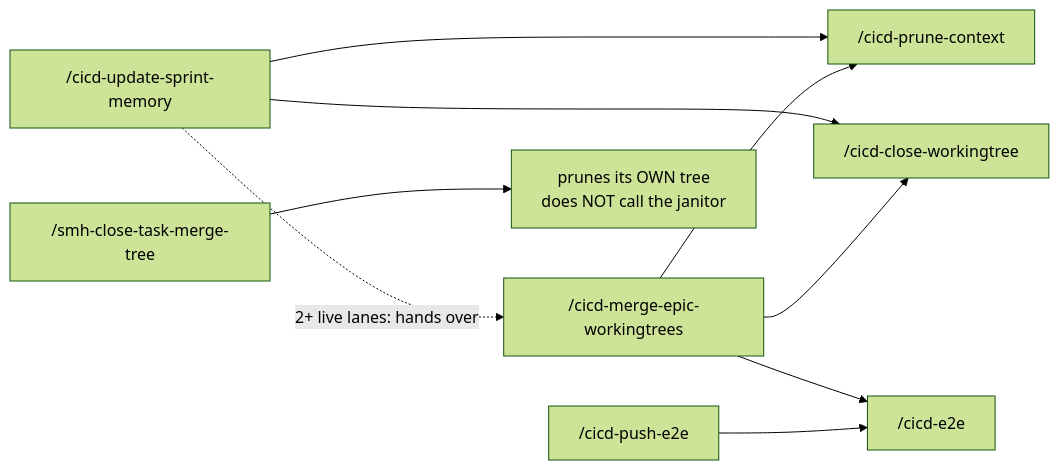
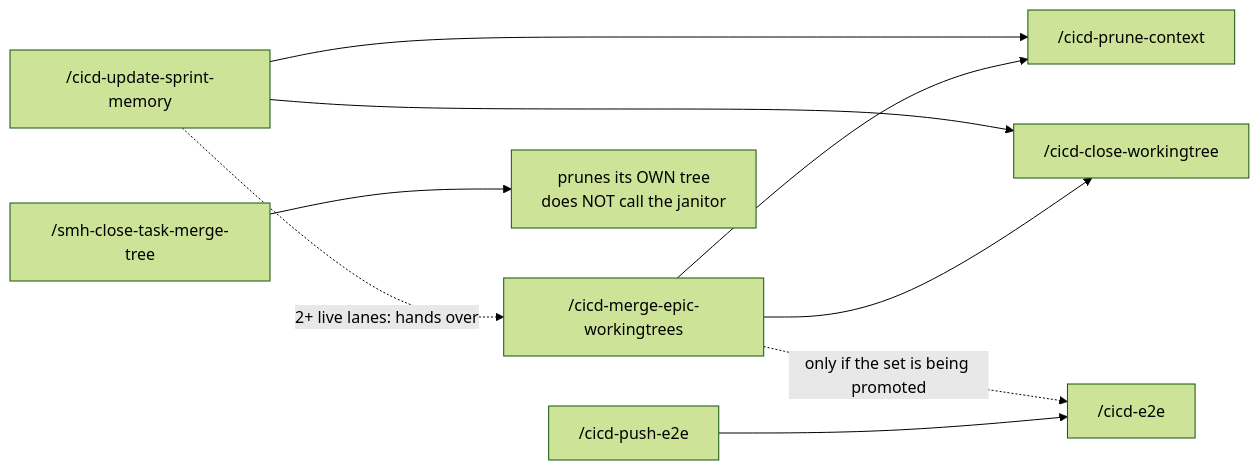
The eighth of 23 diagrams in docs/_scc_sops_prds/workflows_testing_SOP.md (sudomadhatter/Sudo_Hatter_Command), drawn with Mermaid (forest theme) before and after one commit. The commit also changed other lines of this file and 1 other file, not shown here.

````diff
--- a/docs/_scc_sops_prds/workflows_testing_SOP.md
+++ b/docs/_scc_sops_prds/workflows_testing_SOP.md
@@ -547,11 +547,11 @@
 ```mermaid
 flowchart LR
     UM["/cicd-update-sprint-memory"] --> PC["/cicd-prune-context"]
     UM --> CW["/cicd-close-workingtree"]
     ME["/cicd-merge-epic-workingtrees"] --> PC
     ME --> CW
-    ME --> E2E["/cicd-e2e"]
+    ME -.->|"only if the set is being promoted"| E2E["/cicd-e2e"]
     PE["/cicd-push-e2e"] --> E2E
     TM["/smh-close-task-merge-tree"] --> OWN["prunes its OWN tree\ndoes NOT call the janitor"]
     UM -.->|"2+ live lanes: hands over"| ME
 ```
````
